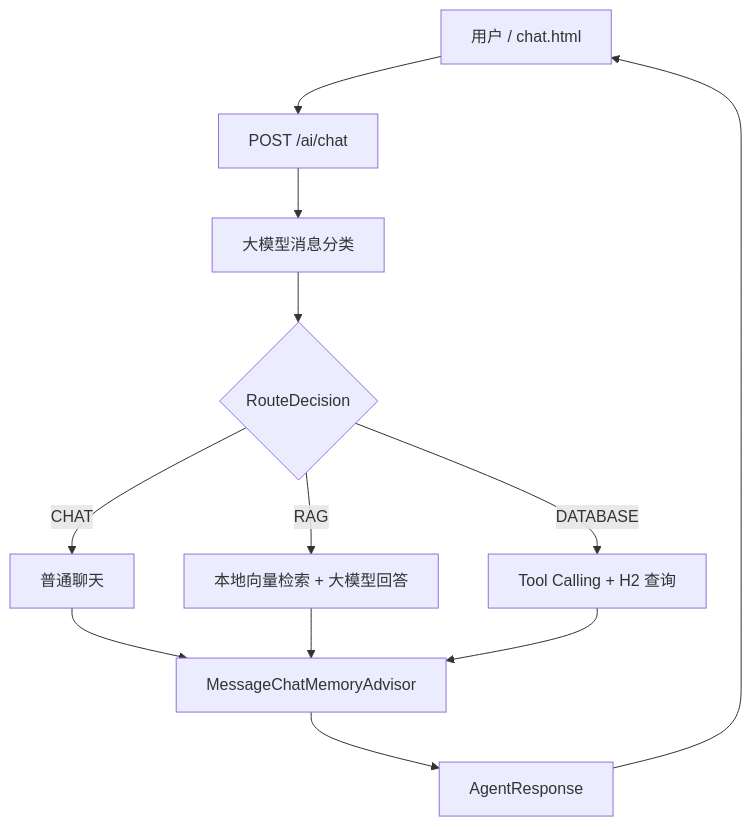
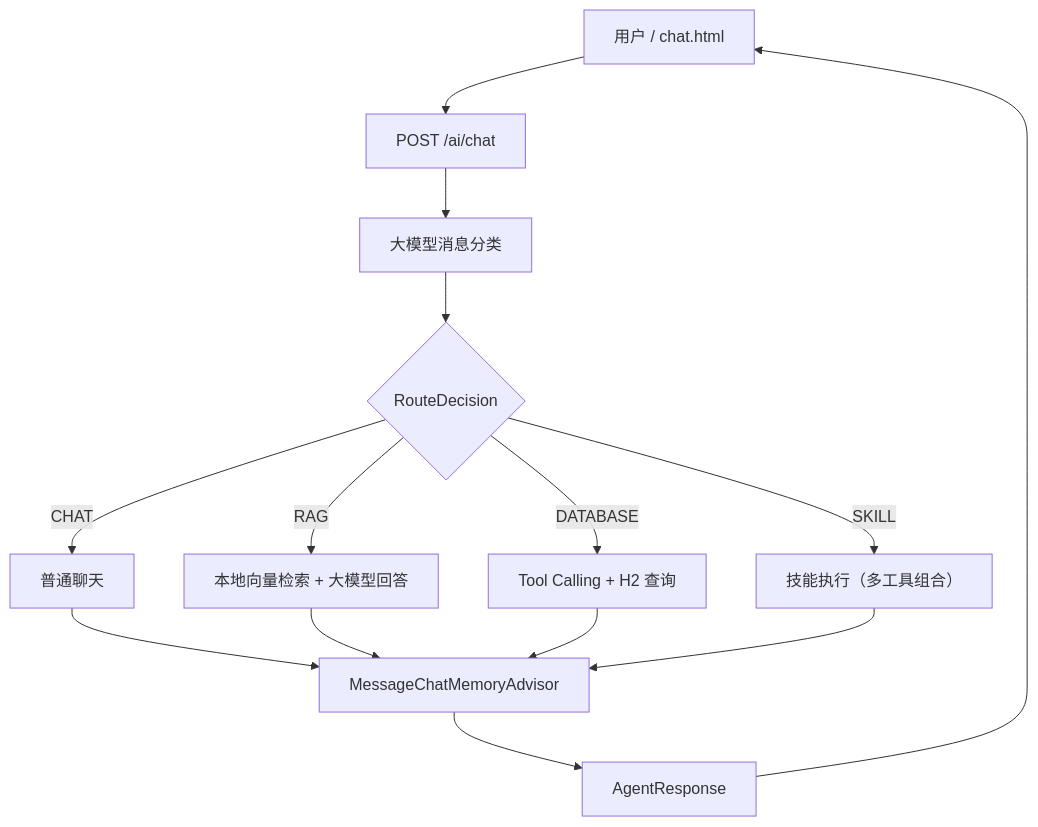
Before and after one commit to hdwang123/sagent: the diagram in README.md, drawn with Mermaid. The commit also changed other lines of this file, not shown here.

````diff
--- a/README.md
+++ b/README.md
@@ -33,14 +37,16 @@
 ```mermaid
 flowchart TD
     U["用户 / chat.html"] --> C["POST /ai/chat"]
     C --> R["大模型消息分类"]
     R --> D{"RouteDecision"}
     D -->|"CHAT"| CH["普通聊天"]
     D -->|"RAG"| RA["本地向量检索 + 大模型回答"]
     D -->|"DATABASE"| DB["Tool Calling + H2 查询"]
+    D -->|"SKILL"| SK["技能执行（多工具组合）"]
     CH --> M["MessageChatMemoryAdvisor"]
     RA --> M
     DB --> M
+    SK --> M
     M --> A["AgentResponse"]
     A --> U
 ```
````
